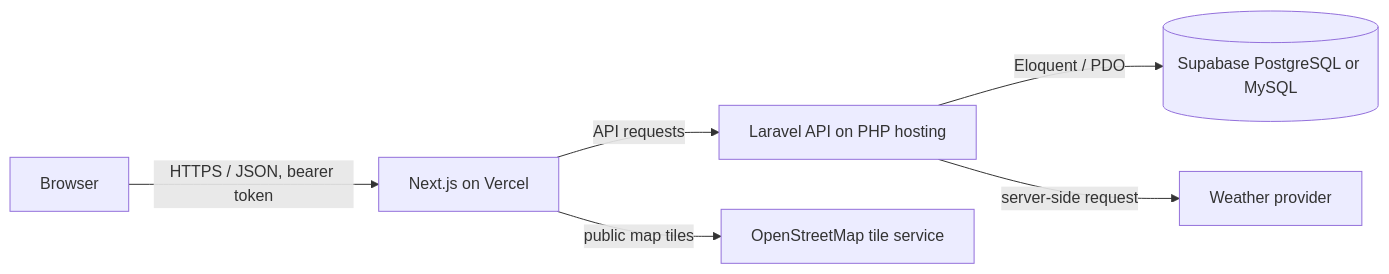
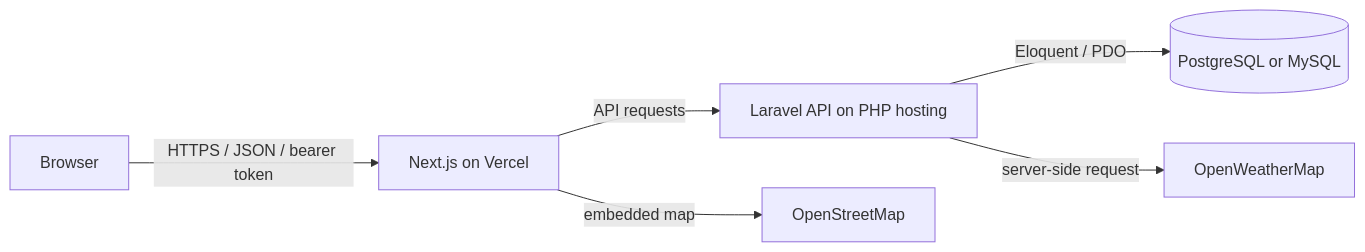
One commit to BryanFLoreSs/SIA_Removal changed the diagram in README.md. Above: the diagram before and after it, drawn with Mermaid. The commit also changed other lines of this file and 34 other files, not shown here.

````diff
--- a/README.md
+++ b/README.md
@@ -9,8 +7,8 @@
 ```mermaid
 flowchart LR
-  U[Browser] -->|HTTPS / JSON, bearer token| F[Next.js on Vercel]
+  U[Browser] -->|HTTPS / JSON / bearer token| F[Next.js on Vercel]
   F -->|API requests| L[Laravel API on PHP hosting]
-  L -->|Eloquent / PDO| DB[(Supabase PostgreSQL or MySQL)]
-  L -->|server-side request| W[Weather provider]
-  F -->|public map tiles| M[OpenStreetMap tile service]
+  L -->|Eloquent / PDO| DB[(PostgreSQL or MySQL)]
+  L -->|server-side request| W[OpenWeatherMap]
+  F -->|embedded map| M[OpenStreetMap]
 ```
````
